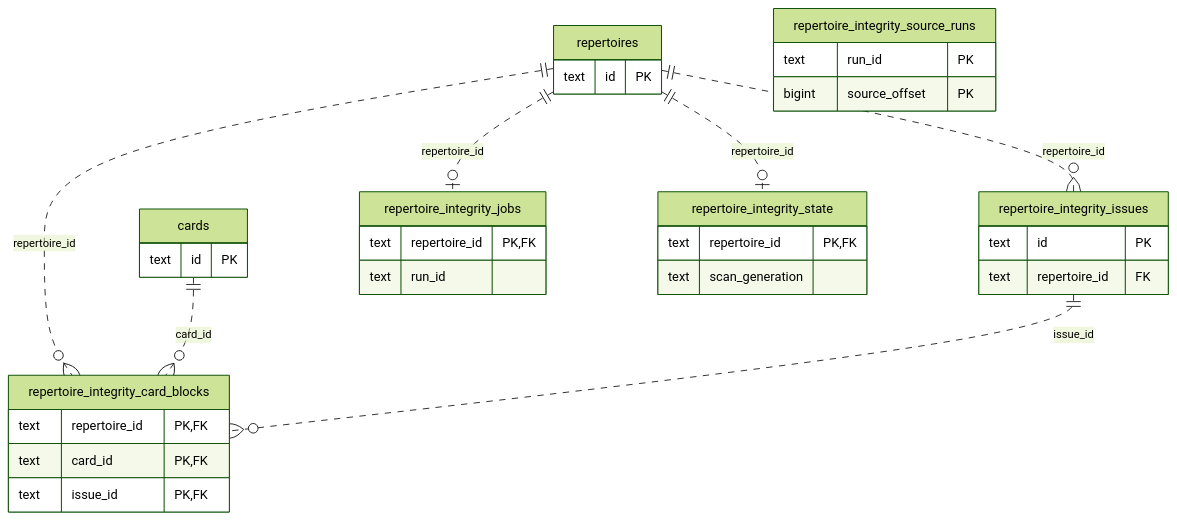
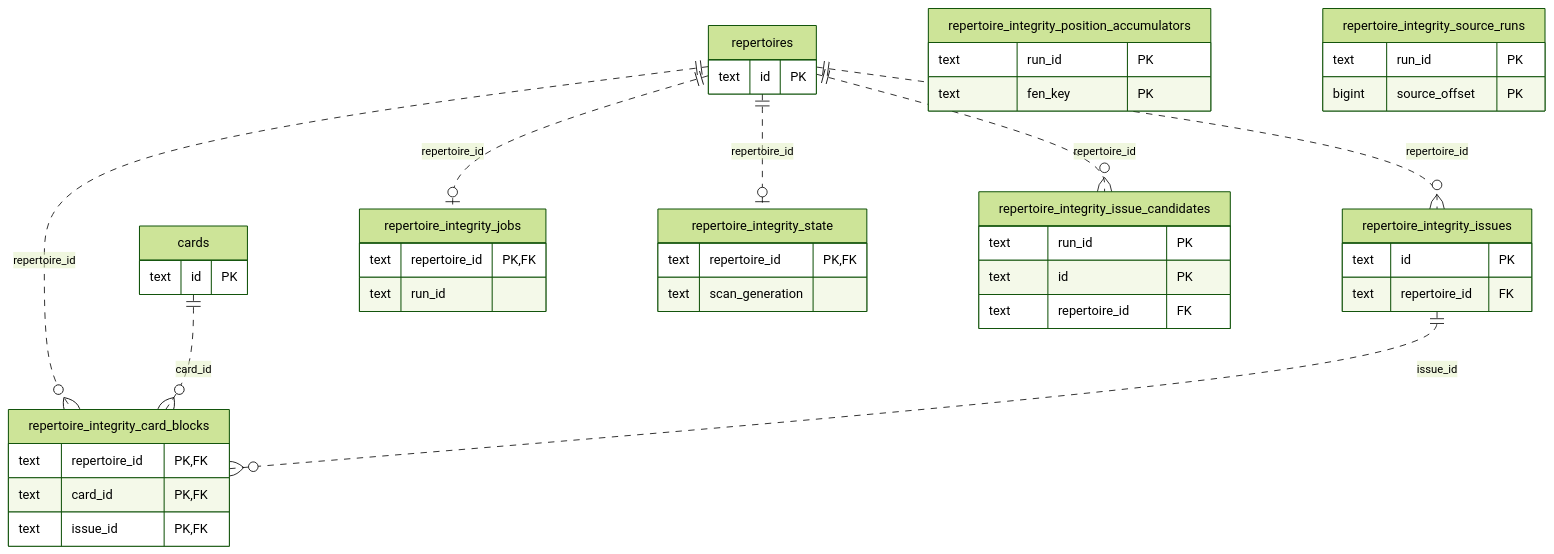
Before and after one commit to aaweaver-actuary/tempo: the diagram in database/tempo_legacy_database/adapters/authored_repertoires/integrity/README.md, drawn with Mermaid (forest theme). The commit also changed other lines of this file and 5 other files, not shown here.

````diff
--- a/database/tempo_legacy_database/adapters/authored_repertoires/integrity/README.md
+++ b/database/tempo_legacy_database/adapters/authored_repertoires/integrity/README.md
@@ -13,36 +13,46 @@
 ```mermaid
 erDiagram
   repertoires {
     text id PK
   }
   cards {
     text id PK
   }
   repertoire_integrity_issues {
     text id PK
     text repertoire_id FK
   }
   repertoire_integrity_jobs {
     text repertoire_id PK,FK
     text run_id
   }
   repertoire_integrity_state {
     text repertoire_id PK,FK
     text scan_generation
   }
+  repertoire_integrity_issue_candidates {
+    text run_id PK
+    text id PK
+    text repertoire_id FK
+  }
+  repertoire_integrity_position_accumulators {
+    text run_id PK
+    text fen_key PK
+  }
   repertoire_integrity_source_runs {
     text run_id PK
     bigint source_offset PK
   }
   repertoire_integrity_card_blocks {
     text repertoire_id PK,FK
     text card_id PK,FK
     text issue_id PK,FK
   }
+  repertoires ||..o{ repertoire_integrity_issue_candidates : repertoire_id
   repertoires ||..o{ repertoire_integrity_issues : repertoire_id
   repertoires ||..o| repertoire_integrity_jobs : repertoire_id
   repertoires ||..o| repertoire_integrity_state : repertoire_id
   repertoires ||..o{ repertoire_integrity_card_blocks : repertoire_id
   cards ||..o{ repertoire_integrity_card_blocks : card_id
   repertoire_integrity_issues ||..o{ repertoire_integrity_card_blocks : issue_id
 ```
````
